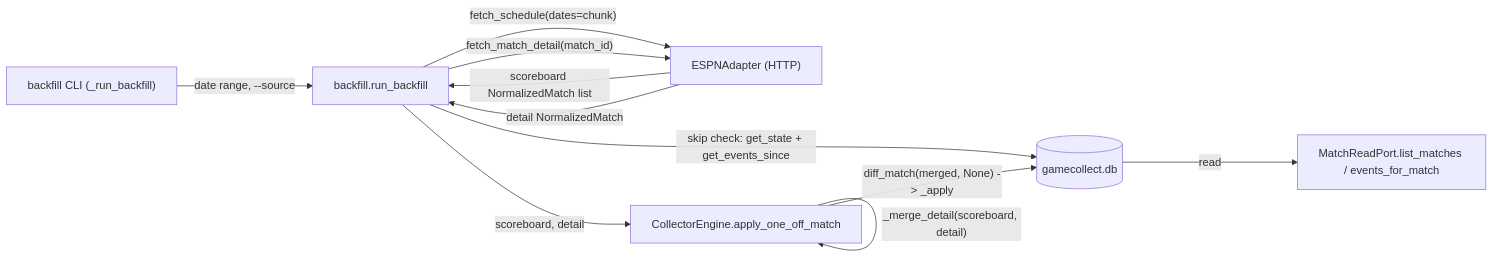
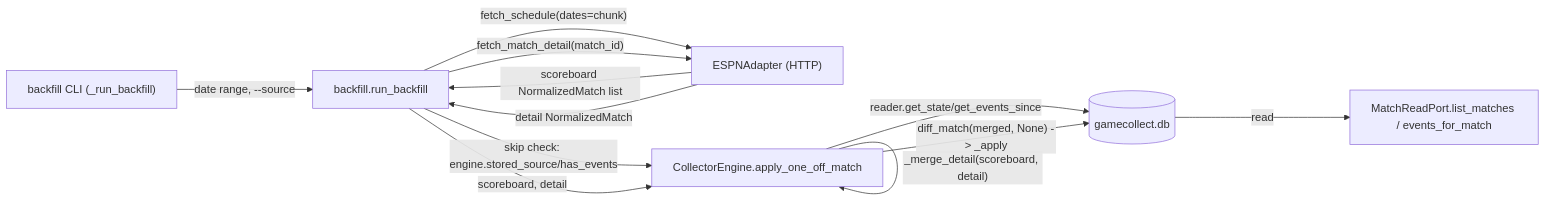
Before and after one commit to vr000m/gamealerts-collector: the first of 2 diagrams in docs/dev_plans/20260718-feature-historical-backfill.md, drawn with Mermaid. The commit also changed other lines of this file, not shown here.

````diff
--- a/docs/dev_plans/20260718-feature-historical-backfill.md
+++ b/docs/dev_plans/20260718-feature-historical-backfill.md
@@ -660,13 +801,14 @@
 ```mermaid
 graph LR
     CLI["backfill CLI (_run_backfill)"] -->|"date range, --source"| BF[backfill.run_backfill]
     BF -->|"fetch_schedule(dates=chunk)"| ESPN["ESPNAdapter (HTTP)"]
     ESPN -->|"scoreboard NormalizedMatch list"| BF
-    BF -->|"skip check: get_state + get_events_since"| DB[(gamecollect.db)]
+    BF -->|"skip check: engine.stored_source/has_events"| ENG["CollectorEngine.apply_one_off_match"]
+    ENG -->|"reader.get_state/get_events_since"| DB[(gamecollect.db)]
     BF -->|"fetch_match_detail(match_id)"| ESPN
     ESPN -->|"detail NormalizedMatch"| BF
     BF -->|"scoreboard, detail"| ENG["CollectorEngine.apply_one_off_match"]
     ENG -->|"_merge_detail(scoreboard, detail)"| ENG
     ENG -->|"diff_match(merged, None) -> _apply"| DB
     DB -->|"read"| MRP["MatchReadPort.list_matches / events_for_match"]
 ```
````
